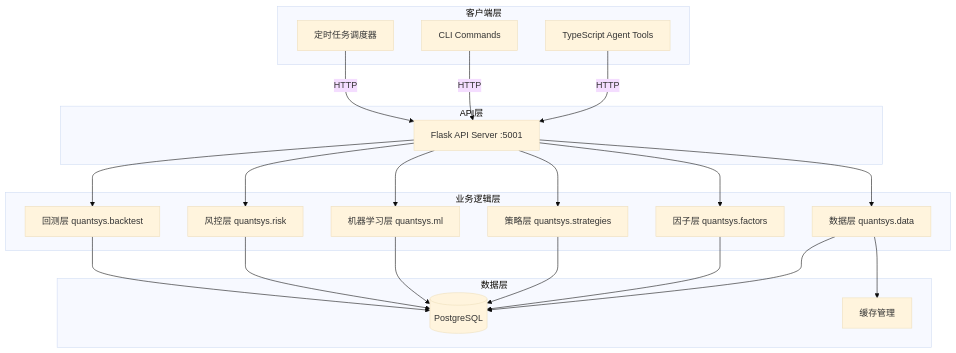
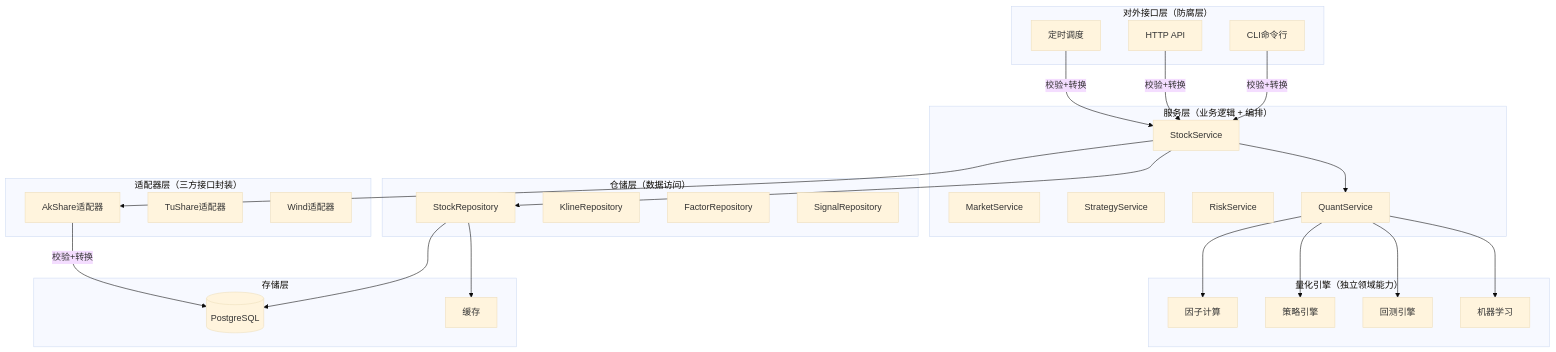
One commit to kakaCat/pi-investment changed the first of 16 diagrams in docs/superpowers/specs/2026-05-20-quant-system-architecture-design.md. Above: the diagram before and after it, drawn with Mermaid (base theme). The commit also changed other lines of this file, not shown here.

First line of the commit message:
docs: update architecture design with new principles

````diff
--- a/docs/superpowers/specs/2026-05-20-quant-system-architecture-design.md
+++ b/docs/superpowers/specs/2026-05-20-quant-system-architecture-design.md
@@ -102,45 +105,58 @@
 ```mermaid
 graph TB
-    subgraph "客户端层"
-        TS[TypeScript Agent Tools]
-        CLI[CLI Commands]
-        Scheduler[定时任务调度器]
+    subgraph "对外接口层（防腐层）"
+        CLI[CLI命令行]
+        API[HTTP API]
+        Scheduler[定时调度]
     end
     
-    subgraph "API层"
-        Flask[Flask API Server :5001]
+    subgraph "服务层（业务逻辑 + 编排）"
+        StockService[StockService]
+        MarketService[MarketService]
+        StrategyService[StrategyService]
+        RiskService[RiskService]
+        QuantService[QuantService]
     end
     
-    subgraph "业务逻辑层"
-        Data[数据层 quantsys.data]
-        Factors[因子层 quantsys.factors]
-        Strategies[策略层 quantsys.strategies]
-        ML[机器学习层 quantsys.ml]
-        Risk[风控层 quantsys.risk]
-        Backtest[回测层 quantsys.backtest]
+    subgraph "适配器层（三方接口封装）"
+        AkShare[AkShare适配器]
+        TuShare[TuShare适配器]
+        Wind[Wind适配器]
     end
     
-    subgraph "数据层"
-        PG[(PostgreSQL)]
-        Cache[缓存管理]
+    subgraph "仓储层（数据访问）"
+        StockRepo[StockRepository]
+        KlineRepo[KlineRepository]
+        FactorRepo[FactorRepository]
+        SignalRepo[SignalRepository]
     end
     
-    TS -->|HTTP| Flask
-    CLI -->|HTTP| Flask
-    Scheduler -->|HTTP| Flask
+    subgraph "量化引擎（独立领域能力）"
+        Factors[因子计算]
+        Strategies[策略引擎]
+        Backtest[回测引擎]
+        ML[机器学习]
+    end
     
-    Flask --> Data
-    Flask --> Factors
-    Flask --> Strategies
-    Flask --> ML
-    Flask --> Risk
-    Flask --> Backtest
+    subgraph "存储层"
+        PG[(PostgreSQL)]
+        Cache[缓存]
+    end
     
-    Data --> PG
-    Data --> Cache
-    Factors --> PG
-    Strategies --> PG
-    ML --> PG
-    Risk --> PG
-    Backtest --> PG
+    CLI -->|校验+转换| StockService
+    API -->|校验+转换| StockService
+    Scheduler -->|校验+转换| StockService
+    
+    StockService --> StockRepo
+    StockService --> AkShare
+    StockService --> QuantService
+    
+    StockRepo --> PG
+    StockRepo --> Cache
+    AkShare -->|校验+转换| PG
+    
+    QuantService --> Factors
+    QuantService --> Strategies
+    QuantService --> Backtest
+    QuantService --> ML
 ```
````
